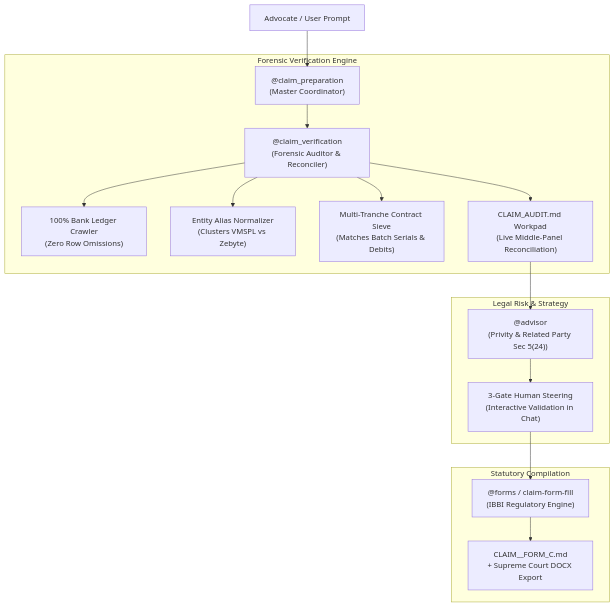
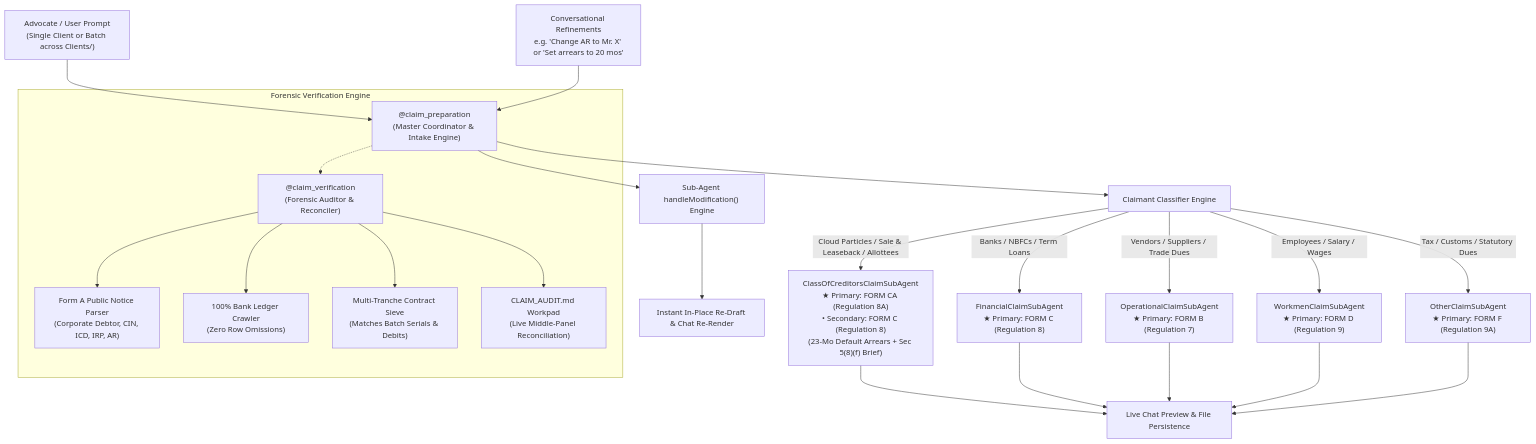
The diagram in docs/CLAIMS_AGENT_USER_GUIDE.md (Samir1145/ide_harness), drawn with Mermaid before and after one commit. The commit also changed other lines of this file and 13 other files, not shown here.

Commit message:
feat(claims): add modular multi-class claim subagents with conversational refinements, Form CA/C hierarchy, and batch processing

````diff
--- a/docs/CLAIMS_AGENT_USER_GUIDE.md
+++ b/docs/CLAIMS_AGENT_USER_GUIDE.md
@@ -14,22 +14,30 @@
 ```mermaid
 graph TD
-    User["Advocate / User Prompt"] --> Master["@claim_preparation<br>(Master Coordinator)"]
+    User["Advocate / User Prompt<br/>(Single Client or Batch across Clients/)"] --> Master["@claim_preparation<br>(Master Coordinator & Intake Engine)"]
+    
+    Master --> Classifier["Claimant Classifier Engine"]
+    
+    Classifier -->|Cloud Particles / Sale & Leaseback / Allottees| Sub1["ClassOfCreditorsClaimSubAgent<br/>★ Primary: FORM CA (Regulation 8A)<br/>• Secondary: FORM C (Regulation 8)<br/>(23-Mo Default Arrears + Sec 5(8)(f) Brief)"]
+    Classifier -->|Banks / NBFCs / Term Loans| Sub2["FinancialClaimSubAgent<br/>★ Primary: FORM C (Regulation 8)"]
+    Classifier -->|Vendors / Suppliers / Trade Dues| Sub3["OperationalClaimSubAgent<br/>★ Primary: FORM B (Regulation 7)"]
+    Classifier -->|Employees / Salary / Wages| Sub4["WorkmenClaimSubAgent<br/>★ Primary: FORM D (Regulation 9)"]
+    Classifier -->|Tax / Customs / Statutory Dues| Sub5["OtherClaimSubAgent<br/>★ Primary: FORM F (Regulation 9A)"]
     
     subgraph "Forensic Verification Engine"
-        Master --> Verify["@claim_verification<br>(Forensic Auditor & Reconciler)"]
+        Master -.-> Verify["@claim_verification<br>(Forensic Auditor & Reconciler)"]
+        Verify --> Notice["Form A Public Notice Parser<br>(Corporate Debtor, CIN, ICD, IRP, AR)"]
         Verify --> Crawl["100% Bank Ledger Crawler<br>(Zero Row Omissions)"]
-        Verify --> Alias["Entity Alias Normalizer<br>(Clusters VMSPL vs Zebyte)"]
         Verify --> Sieve["Multi-Tranche Contract Sieve<br>(Matches Batch Serials & Debits)"]
         Verify --> Workpad["CLAIM_AUDIT.md Workpad<br>(Live Middle-Panel Reconciliation)"]
     end
     
-    subgraph "Legal Risk & Strategy"
-        Workpad --> Advisor["@advisor<br>(Privity & Related Party Sec 5(24))"]
-        Advisor --> Checkpoints["3-Gate Human Steering<br>(Interactive Validation in Chat)"]
-    end
-    
-    subgraph "Statutory Compilation"
-        Checkpoints --> Forms["@forms / claim-form-fill<br>(IBBI Regulatory Engine)"]
-        Forms --> FinalDoc["CLAIM_<NAME>_FORM_C.md<br>+ Supreme Court DOCX Export"]
-    end
+    Sub1 --> Outputs["Live Chat Preview & File Persistence"]
+    Sub2 --> Outputs
+    Sub3 --> Outputs
+    Sub4 --> Outputs
+    Sub5 --> Outputs
+
+    UserRefine["Conversational Refinements<br/>e.g. 'Change AR to Mr. X' or 'Set arrears to 20 mos'"] --> Master
+    Master --> RefineHandler["Sub-Agent handleModification() Engine"]
+    RefineHandler --> InPlaceUpdate["Instant In-Place Re-Draft & Chat Re-Render"]
 ```
````
